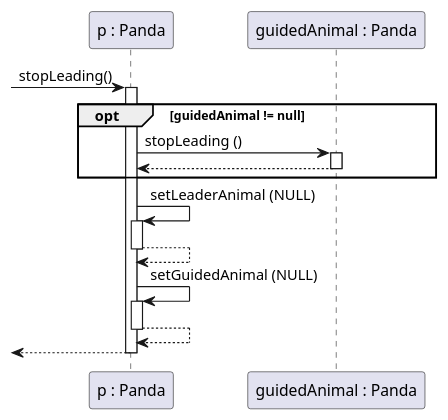
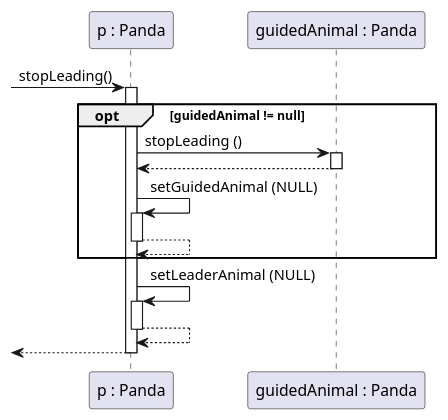
Before and after one commit to bokovhu/software-project-laboratory-assignment: the diagram in 3-analysis-modell/java/src/main/plantuml/SequenceDiagram_Panda_stopLeading.puml, drawn with PlantUML. The commit also changed 6 other files, not shown here.

```diff
--- a/3-analysis-modell/java/src/main/plantuml/SequenceDiagram_Panda_stopLeading.puml
+++ b/3-analysis-modell/java/src/main/plantuml/SequenceDiagram_Panda_stopLeading.puml
@@ -1,27 +1,26 @@
 @startuml
 participant "p : Panda" as p
 participant "guidedAnimal : Panda" as guided
 
 [-> p : stopLeading()
 activate p
 
 
 opt guidedAnimal != null
 
     p -> guided ++ : stopLeading ()
     guided --> p --
+    p -> p ++ : setGuidedAnimal (NULL)
+    p --> p --
 
 end
 
 p -> p ++ : setLeaderAnimal (NULL)
-p --> p --
-
-p -> p ++ : setGuidedAnimal (NULL)
 p --> p --
 
 [<--p
 deactivate p
 
 
 
 @enduml
```
